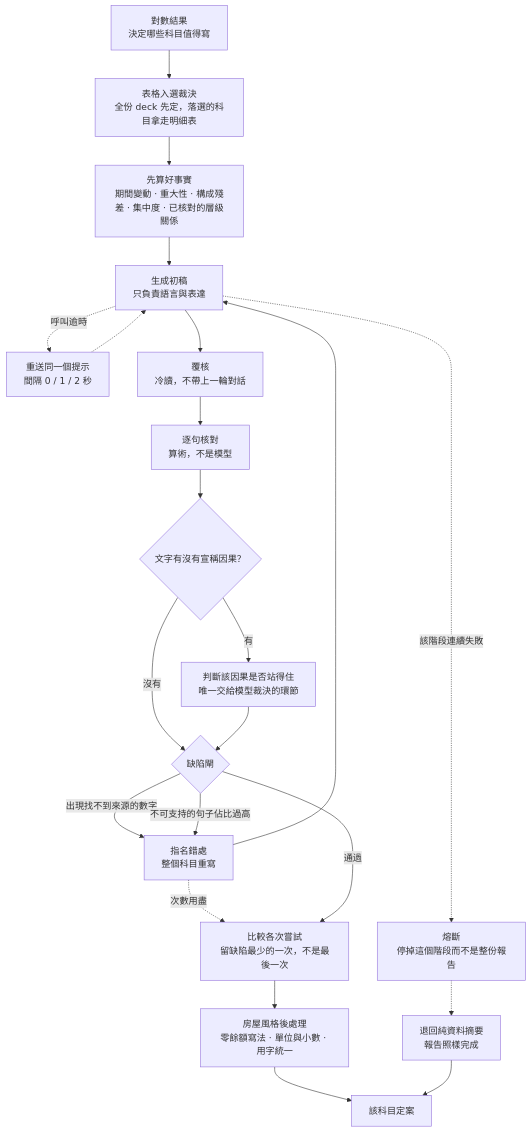
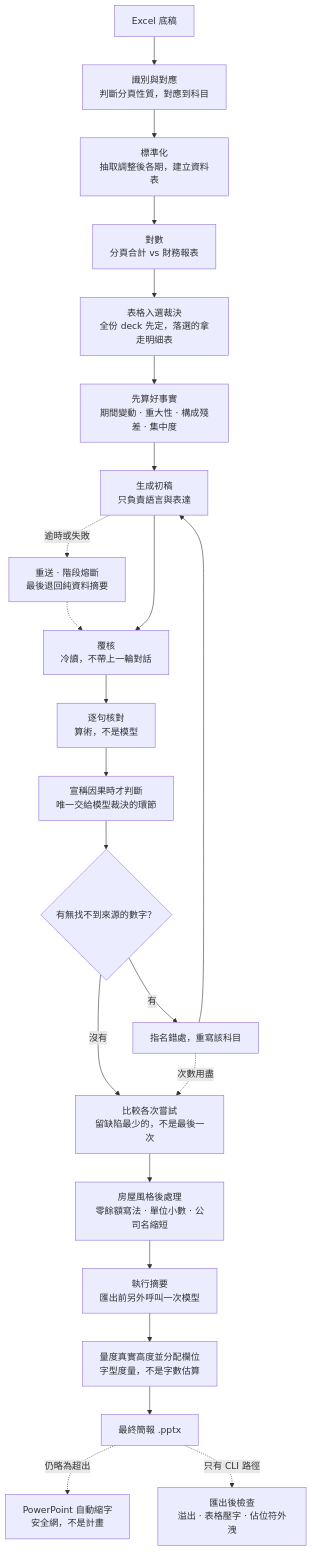
Before and after one commit to yutsang/python-pptx: the diagram in README.md, drawn with Mermaid. The commit also changed other lines of this file and 1 other file, not shown here.

````diff
--- a/README.md
+++ b/README.md
@@ -140,28 +27,27 @@
 ```mermaid
 flowchart TD
-    RE[對數結果<br/>決定哪些科目值得寫] --> SUB[表格入選裁決<br/>全份 deck 先定，落選的科目拿走明細表]
-    SUB --> FACT[先算好事實<br/>期間變動 · 重大性 · 構成殘差 · 集中度 · 已核對的層級關係]
+    XL[Excel 底稿] --> RES[識別與對應<br/>判斷分頁性質，對應到科目]
+    RES --> NORM[標準化<br/>抽取調整後各期，建立資料表]
+    NORM --> REC[對數<br/>分頁合計 vs 財務報表]
+    REC --> SUB[表格入選裁決<br/>全份 deck 先定，落選的拿走明細表]
+    SUB --> FACT[先算好事實<br/>期間變動 · 重大性 · 構成殘差 · 集中度]
+
     FACT --> GEN[生成初稿<br/>只負責語言與表達]
-
-    GEN -.->|呼叫逾時| RETRY[重送同一個提示<br/>間隔 0 / 1 / 2 秒]
-    RETRY -.-> GEN
-    GEN -.->|該階段連續失敗| BRK[熔斷<br/>停掉這個階段而不是整份報告]
-    BRK -.-> FB[退回純資料摘要<br/>報告照樣完成]
-
+    GEN -.->|逾時或失敗| HAR[重送 · 階段熔斷<br/>最後退回純資料摘要]
+    HAR -.-> AUD
     GEN --> AUD[覆核<br/>冷讀，不帶上一輪對話]
     AUD --> CHK[逐句核對<br/>算術，不是模型]
-    CHK --> Q{文字有沒有宣稱因果？}
-    Q -- 有 --> VAL[判斷該因果是否站得住<br/>唯一交給模型裁決的環節]
-    Q -- 沒有 --> GATE
-    VAL --> GATE{缺陷閘}
+    CHK --> VAL[宣稱因果時才判斷<br/>唯一交給模型裁決的環節]
+    VAL --> GATE{有無找不到來源的數字？}
+    GATE -->|有| RE[指名錯處，重寫該科目]
+    RE --> GEN
+    GATE -->|沒有| ARB[比較各次嘗試<br/>留缺陷最少的，不是最後一次]
+    RE -.->|次數用盡| ARB
 
-    GATE -->|出現找不到來源的數字| FEED[指名錯處<br/>整個科目重寫]
-    GATE -->|不可支持的句子佔比過高| FEED
-    FEED --> GEN
-    FEED -.->|次數用盡| ARB
-    GATE -->|通過| ARB[比較各次嘗試<br/>留缺陷最少的一次，不是最後一次]
-
-    ARB --> HS[房屋風格後處理<br/>零餘額寫法 · 單位與小數 · 用字統一]
-    HS --> OUT[該科目定案]
-    FB --> OUT
+    ARB --> HS[房屋風格後處理<br/>零餘額寫法 · 單位小數 · 公司名縮短]
+    HS --> SUM[執行摘要<br/>匯出前另外呼叫一次模型]
+    SUM --> PACK[量度真實高度並分配欄位<br/>字型度量，不是字數估算]
+    PACK --> OUT[最終簡報 .pptx]
+    OUT -.->|仍略為超出| AF[PowerPoint 自動縮字<br/>安全網，不是計畫]
+    OUT -.->|只有 CLI 路徑| QA[匯出後檢查<br/>溢出 · 表格壓字 · 佔位符外洩]
 ```
````
